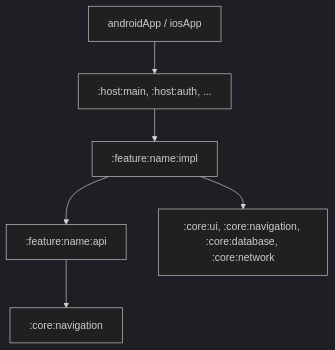
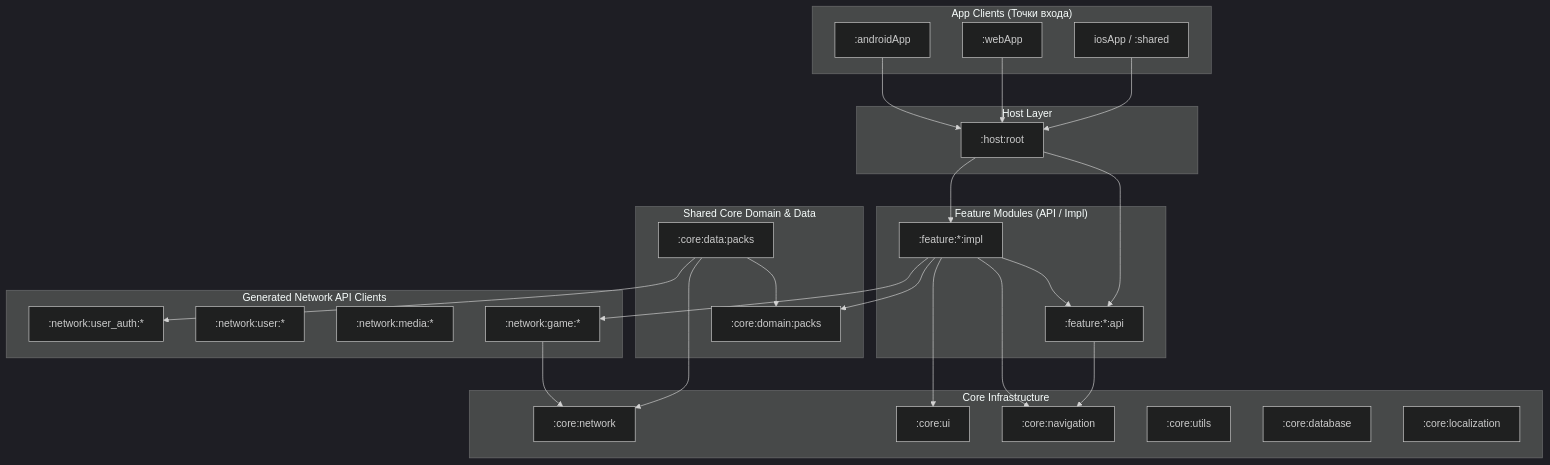
The diagram in docs/architecture.md (TerraSoftwareTeam/meme_battle_frontend), drawn with Mermaid (dark theme) before and after one commit. The commit also changed other lines of this file and 30 other files, not shown here.

````diff
--- a/docs/architecture.md
+++ b/docs/architecture.md
@@ -11,8 +13,58 @@
 ```mermaid
 graph TD
-    App[androidApp / iosApp] --> Host[:host:main, :host:auth, ...]
-    Host --> FeatureImpl[:feature:name:impl]
-    FeatureImpl --> FeatureApi[:feature:name:api]
-    FeatureImpl --> Core[:core:ui, :core:navigation, :core:database, :core:network]
-    FeatureApi --> CoreNavigation[:core:navigation]
+    subgraph Clients ["App Clients (Точки входа)"]
+        AndroidApp[":androidApp"]
+        WebApp[":webApp"]
+        IosApp["iosApp / :shared"]
+    end
+
+    subgraph Host ["Host Layer"]
+        RootHost[":host:root"]
+    end
+
+    subgraph Features ["Feature Modules (API / Impl)"]
+        FeatureApi[":feature:*:api"]
+        FeatureImpl[":feature:*:impl"]
+    end
+
+    subgraph CoreDomainData ["Shared Core Domain & Data"]
+        CoreDomainPacks[":core:domain:packs"]
+        CoreDataPacks[":core:data:packs"]
+    end
+
+    subgraph CoreInfrastructure ["Core Infrastructure"]
+        CoreNav[":core:navigation"]
+        CoreNetwork[":core:network"]
+        CoreUI[":core:ui"]
+        CoreUtils[":core:utils"]
+        CoreDb[":core:database"]
+        CoreLoc[":core:localization"]
+    end
+
+    subgraph NetworkClients ["Generated Network API Clients"]
+        NetUserAuth[":network:user_auth:*"]
+        NetUser[":network:user:*"]
+        NetMedia[":network:media:*"]
+        NetGame[":network:game:*"]
+    end
+
+    AndroidApp --> RootHost
+    WebApp --> RootHost
+    IosApp --> RootHost
+
+    RootHost --> FeatureApi
+    RootHost --> FeatureImpl
+
+    FeatureImpl --> FeatureApi
+    FeatureImpl --> CoreNav
+    FeatureImpl --> CoreUI
+    FeatureImpl --> CoreDomainPacks
+    FeatureImpl --> NetGame
+
+    CoreDataPacks --> CoreDomainPacks
+    CoreDataPacks --> CoreNetwork
+    CoreDataPacks --> NetUserAuth
+
+    FeatureApi --> CoreNav
+    NetGame --> CoreNetwork
 ```
````
